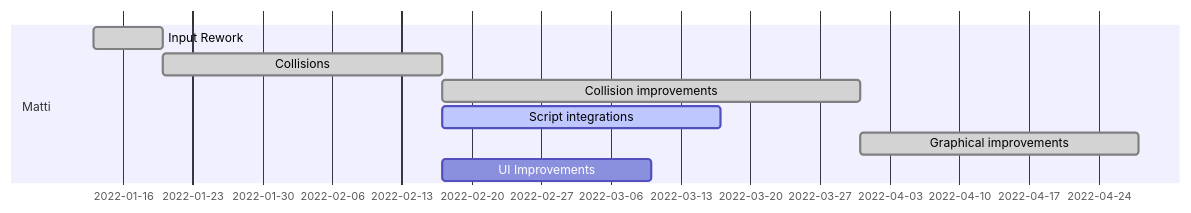
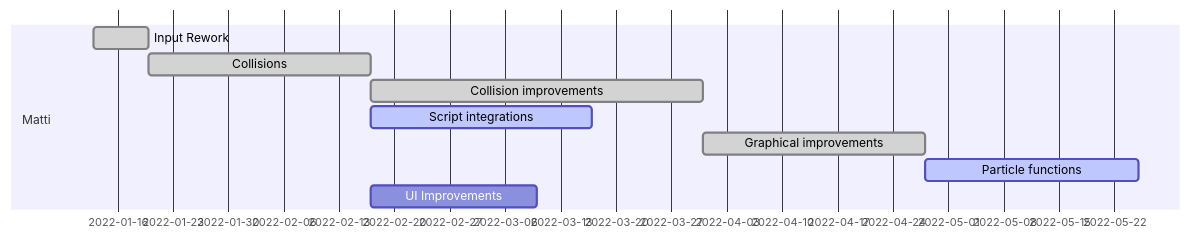
Before and after one commit to IlkkaTakala/Eril-Engine: the third of 3 diagrams in docs/ProjectPlan.md, drawn with Mermaid. The commit also changed other lines of this file, not shown here.

````diff
--- a/docs/ProjectPlan.md
+++ b/docs/ProjectPlan.md
@@ -86,12 +87,13 @@
 ```mermaid
 gantt
 dateFormat  DD-MM
 
 section Matti
 Input Rework           :done,       mdes3, 13-01, 1w
 Collisions             :done,       mdes1, after mdes3, 4w
 Collision improvements :done,       mdes5, after mdes1, 31-03
 Script integrations    :active,     mdes4, after mdes1, 4w
 Graphical improvements :done,       mdes6, after mdes5, 4w
+Particle functions     :active,     mdes7, after mdes6, 25-05
 UI Improvements        :            mdes2, after mdes1, 3w
 ```
````
